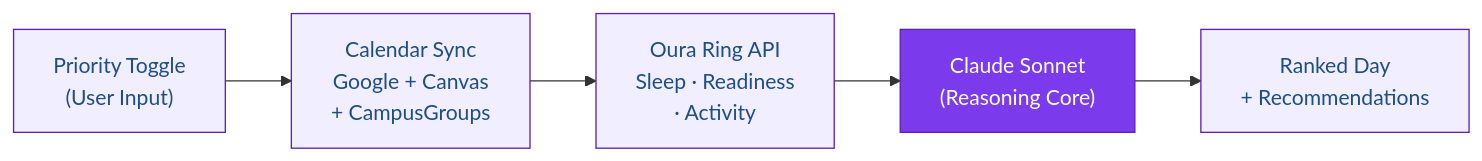
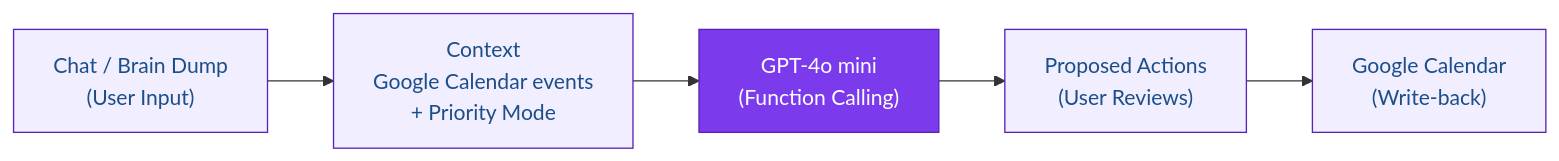
One commit to anishasubs/portfolio changed the first of 2 diagrams in kaisey-src/README.md. Above: the diagram before and after it, drawn with Mermaid. The commit also changed other lines of this file and 21 other files, not shown here.

First line of the commit message:
Kaisey: remove Oura and unused Canvas/health integrations

````diff
--- a/kaisey-src/README.md
+++ b/kaisey-src/README.md
@@ -59,13 +57,13 @@
 ```mermaid
 flowchart LR
-    A["Priority Toggle\n(User Input)"] --> B["Calendar Sync\nGoogle + Canvas\n+ CampusGroups"]
-    B --> C["Oura Ring API\nSleep · Readiness\n· Activity"]
-    C --> D["Claude Sonnet\n(Reasoning Core)"]
-    D --> E["Ranked Day\n+ Recommendations"]
+    A["Chat / Brain Dump\n(User Input)"] --> B["Context\nGoogle Calendar events\n+ Priority Mode"]
+    B --> C["GPT-4o mini\n(Function Calling)"]
+    C --> D["Proposed Actions\n(User Reviews)"]
+    D --> E["Google Calendar\n(Write-back)"]
 
-    style D fill:#7C3AED,stroke:#5B21B6,color:#fff
+    style C fill:#7C3AED,stroke:#5B21B6,color:#fff
     style A fill:#f0eeff,stroke:#5B21B6,color:#1c4e89
     style B fill:#f0eeff,stroke:#5B21B6,color:#1c4e89
-    style C fill:#f0eeff,stroke:#5B21B6,color:#1c4e89
+    style D fill:#f0eeff,stroke:#5B21B6,color:#1c4e89
     style E fill:#f0eeff,stroke:#5B21B6,color:#1c4e89
 ```
````
